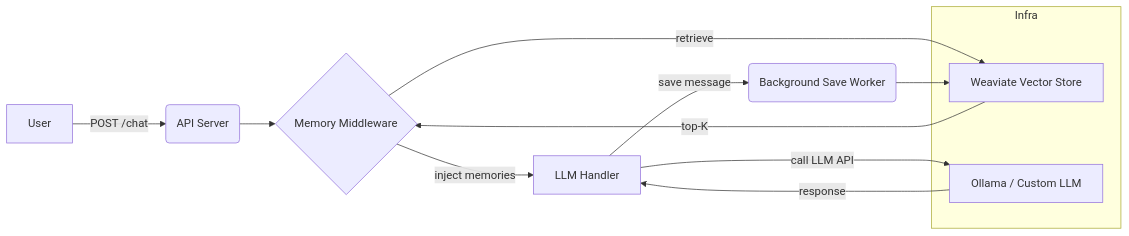
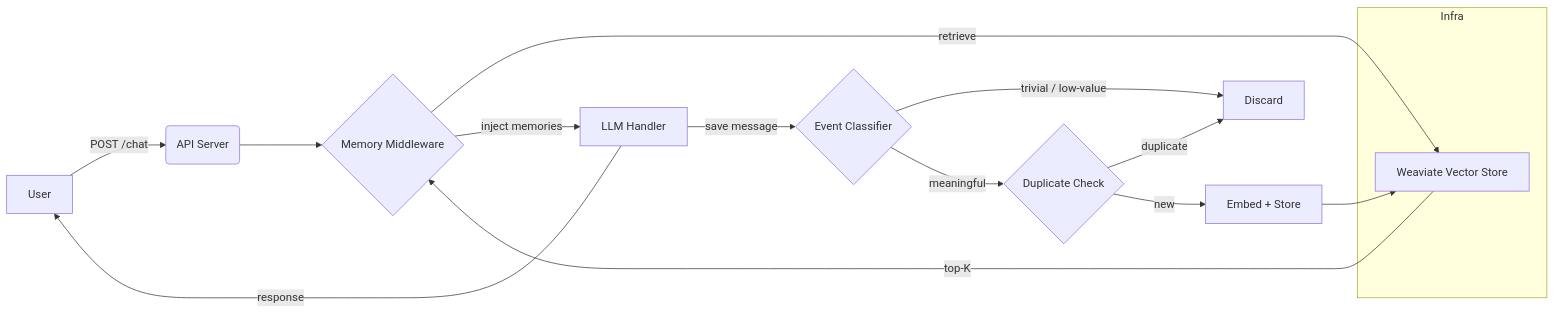
One commit to sobowalebukola/memcortex changed the diagram in README.md. Above: the diagram before and after it, drawn with Mermaid. The commit also changed other lines of this file and 7 other files, not shown here.

Commit message:
Add event-driven memory pipeline with classifier, duplicate detection, and TTL

````diff
--- a/README.md
+++ b/README.md
@@ -51,16 +52,18 @@
 ```mermaid
 flowchart LR
   A[User] -->|POST /chat| B(API Server)
   B --> C{Memory Middleware}
   C -->|retrieve| D[Weaviate Vector Store]
   D -->|top-K| C
   C -->|inject memories| E[LLM Handler]
-  E -->|call LLM API| F[Ollama / Custom LLM]
-  F -->|response| E
-  E -->|save message| G(Background Save Worker)
-  G --> D
+  E -->|response| A
+  E -->|save message| F{Event Classifier}
+  F -->|trivial / low-value| G[Discard]
+  F -->|meaningful| H{Duplicate Check}
+  H -->|duplicate| G
+  H -->|new| I[Embed + Store]
+  I --> D
   subgraph Infra
     D
-    F
   end
 ```
````
